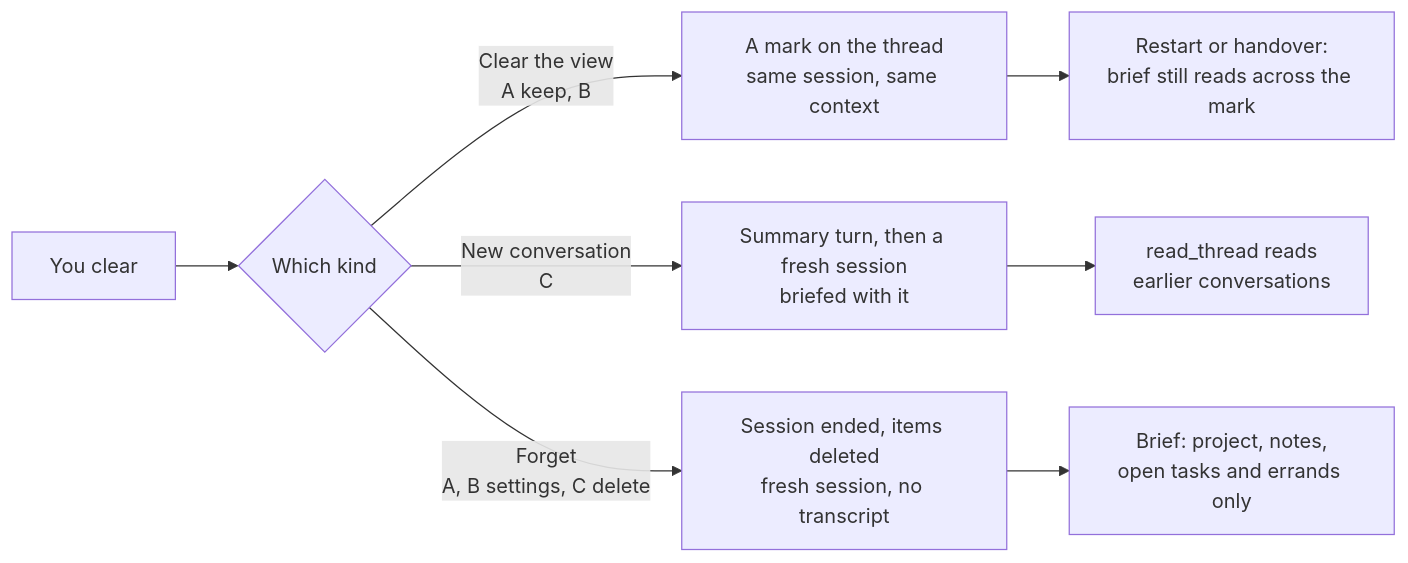
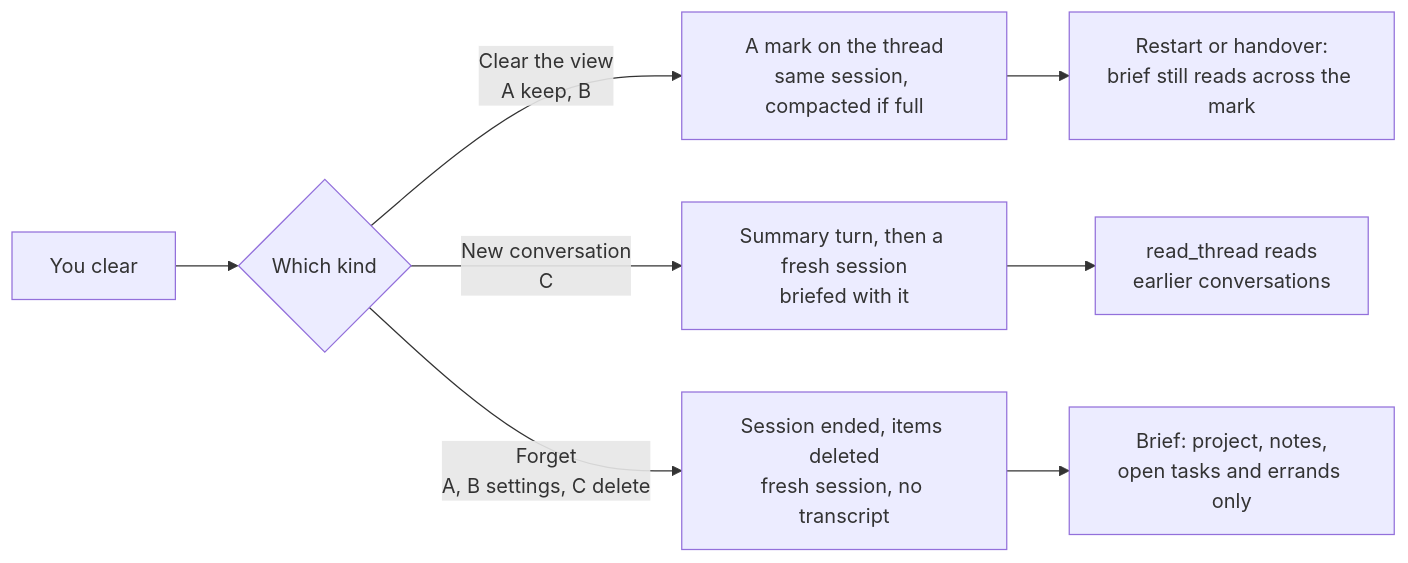
Before and after one commit to AltharIDE/althar: the diagram in packages/ui/prototypes/clear-chat/README.md, drawn with Mermaid. The commit also changed other lines of this file, not shown here.

Commit message:
Prototype clear-chat: the report counts Althar's own /compact for freeing context after a clear

````diff
--- a/packages/ui/prototypes/clear-chat/README.md
+++ b/packages/ui/prototypes/clear-chat/README.md
@@ -26,10 +26,10 @@
 ```mermaid
 flowchart LR
   P[You clear] --> V{Which kind}
-  V -->|Clear the view<br/>A keep, B| M[A mark on the thread<br/>same session, same context]
+  V -->|Clear the view<br/>A keep, B| M[A mark on the thread<br/>same session, compacted if full]
   V -->|New conversation<br/>C| S[Summary turn, then a fresh session<br/>briefed with it]
   V -->|Forget<br/>A, B settings, C delete| W[Session ended, items deleted<br/>fresh session, no transcript]
   M --> H[Restart or handover:<br/>brief still reads across the mark]
   S --> R[read_thread reads<br/>earlier conversations]
   W --> F[Brief: project, notes,<br/>open tasks and errands only]
 ```
````
